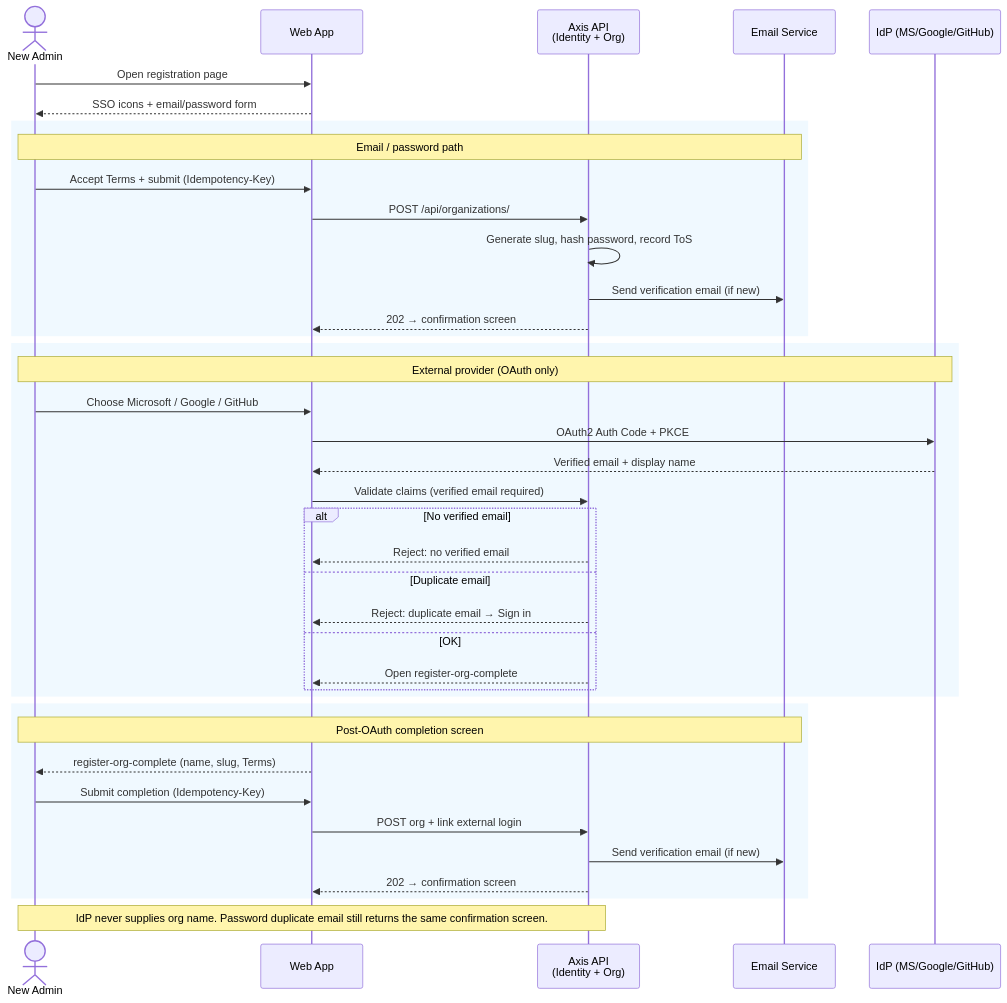
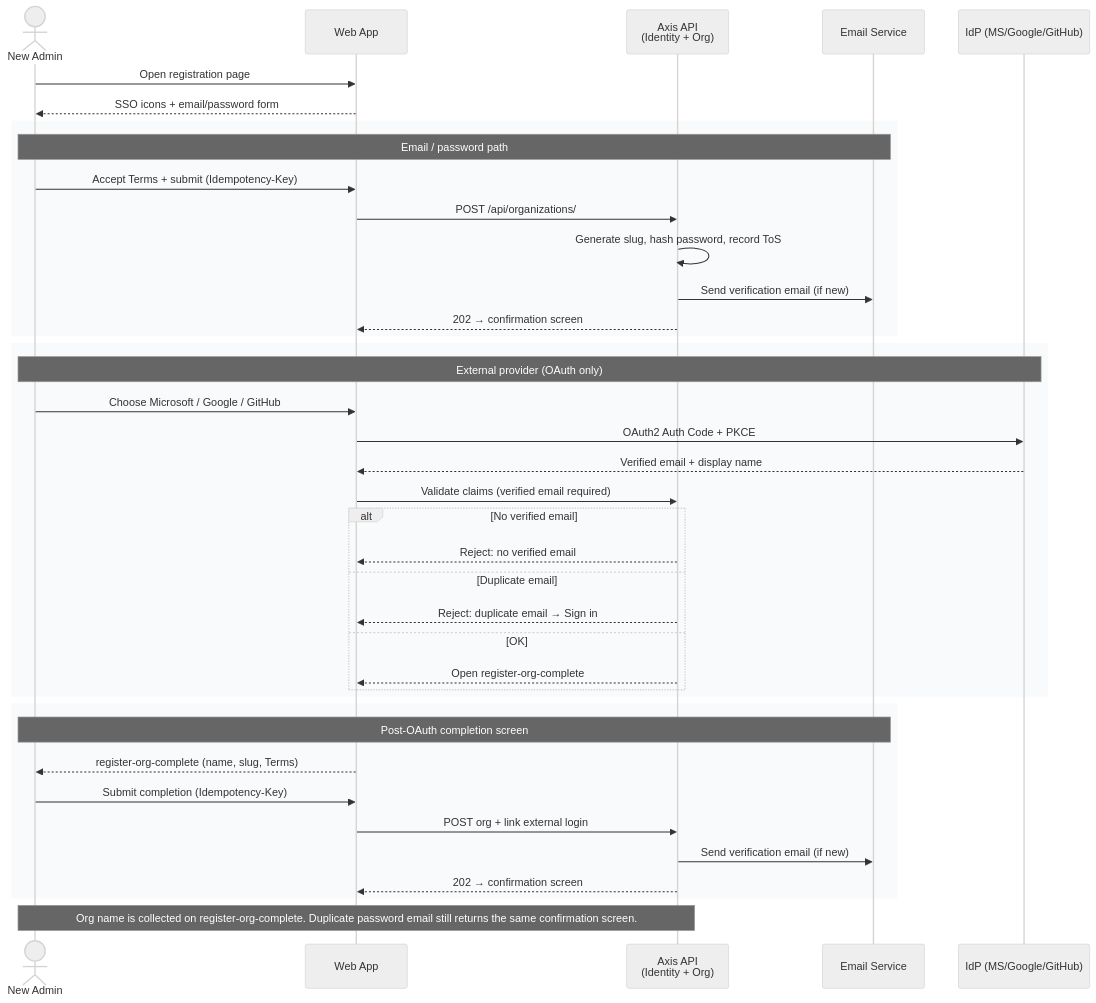
The second of 3 diagrams in docs/use-cases/platform-foundation/register-org/README.md (phuongnse/axis), drawn with Mermaid before and after one commit. The commit also changed other lines of this file and 1 other file, not shown here.

Commit message:
docs: tighten wireframe copy and unify register-org Mermaid style

````diff
--- a/docs/use-cases/platform-foundation/register-org/README.md
+++ b/docs/use-cases/platform-foundation/register-org/README.md
@@ -164,46 +162,47 @@
 ```mermaid
+%%{init: {'theme': 'neutral'}}%%
 sequenceDiagram
   actor Admin as New Admin
   participant Web as Web App
   participant API as Axis API<br/>(Identity + Org)
   participant Email as Email Service
   participant IdP as IdP (MS/Google/GitHub)
 
   Admin->>Web: Open registration page
   Web-->>Admin: SSO icons + email/password form
 
-  rect rgb(240, 249, 255)
+  rect rgb(248, 250, 252)
     Note over Admin,Email: Email / password path
     Admin->>Web: Accept Terms + submit (Idempotency-Key)
     Web->>API: POST /api/organizations/
     API->>API: Generate slug, hash password, record ToS
     API->>Email: Send verification email (if new)
     API-->>Web: 202 → confirmation screen
   end
 
-  rect rgb(240, 249, 255)
+  rect rgb(248, 250, 252)
     Note over Admin,IdP: External provider (OAuth only)
     Admin->>Web: Choose Microsoft / Google / GitHub
     Web->>IdP: OAuth2 Auth Code + PKCE
     IdP-->>Web: Verified email + display name
     Web->>API: Validate claims (verified email required)
     alt No verified email
       API-->>Web: Reject: no verified email
     else Duplicate email
       API-->>Web: Reject: duplicate email → Sign in
     else OK
       API-->>Web: Open register-org-complete
     end
   end
 
-  rect rgb(240, 249, 255)
+  rect rgb(248, 250, 252)
     Note over Admin,Email: Post-OAuth completion screen
     Web-->>Admin: register-org-complete (name, slug, Terms)
     Admin->>Web: Submit completion (Idempotency-Key)
     Web->>API: POST org + link external login
     API->>Email: Send verification email (if new)
     API-->>Web: 202 → confirmation screen
   end
 
-  Note over Admin,API: IdP never supplies org name. Password duplicate email still returns the same confirmation screen.
+  Note over Admin,API: Org name is collected on register-org-complete. Duplicate password email still returns the same confirmation screen.
 ```
````
